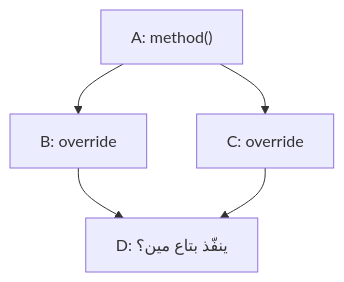
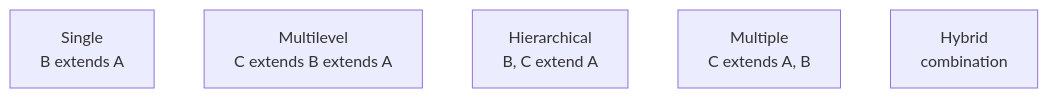
Before and after one commit to muhammad-khaled-tech/My-Study-Notes: the second of 10 diagrams in interviews/01-oop.md, drawn with Mermaid. The commit also changed other lines of this file and 1 other file, not shown here.

````diff
--- a/interviews/01-oop.md
+++ b/interviews/01-oop.md
@@ -374,7 +664,8 @@
 ```mermaid
 flowchart TD
-    A["A: method()"] --> B["B: override"]
-    A --> C["C: override"]
-    B --> D["D: ينفّذ بتاع مين؟"]
-    C --> D
+    S["Single<br/>B extends A"] 
+    M["Multilevel<br/>C extends B extends A"]
+    H["Hierarchical<br/>B, C extend A"]
+    MI["Multiple<br/>C extends A, B"]
+    HY["Hybrid<br/>combination"]
 ```
````
